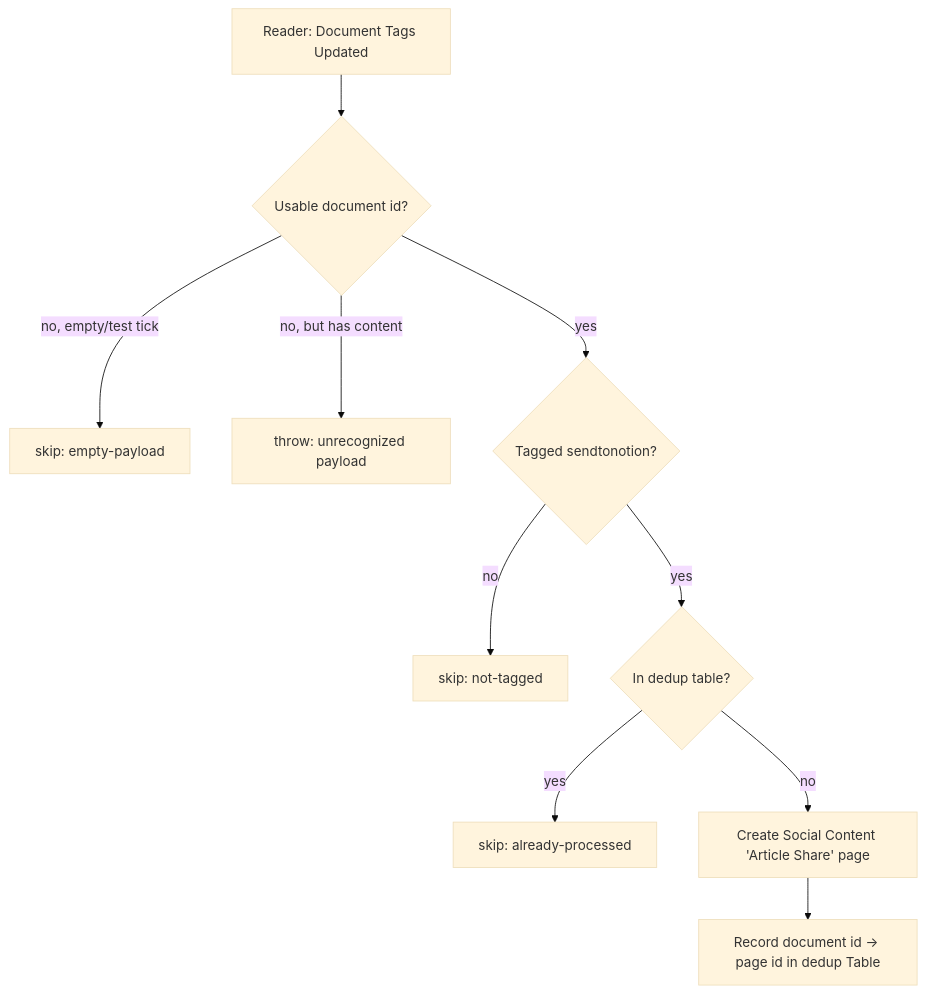
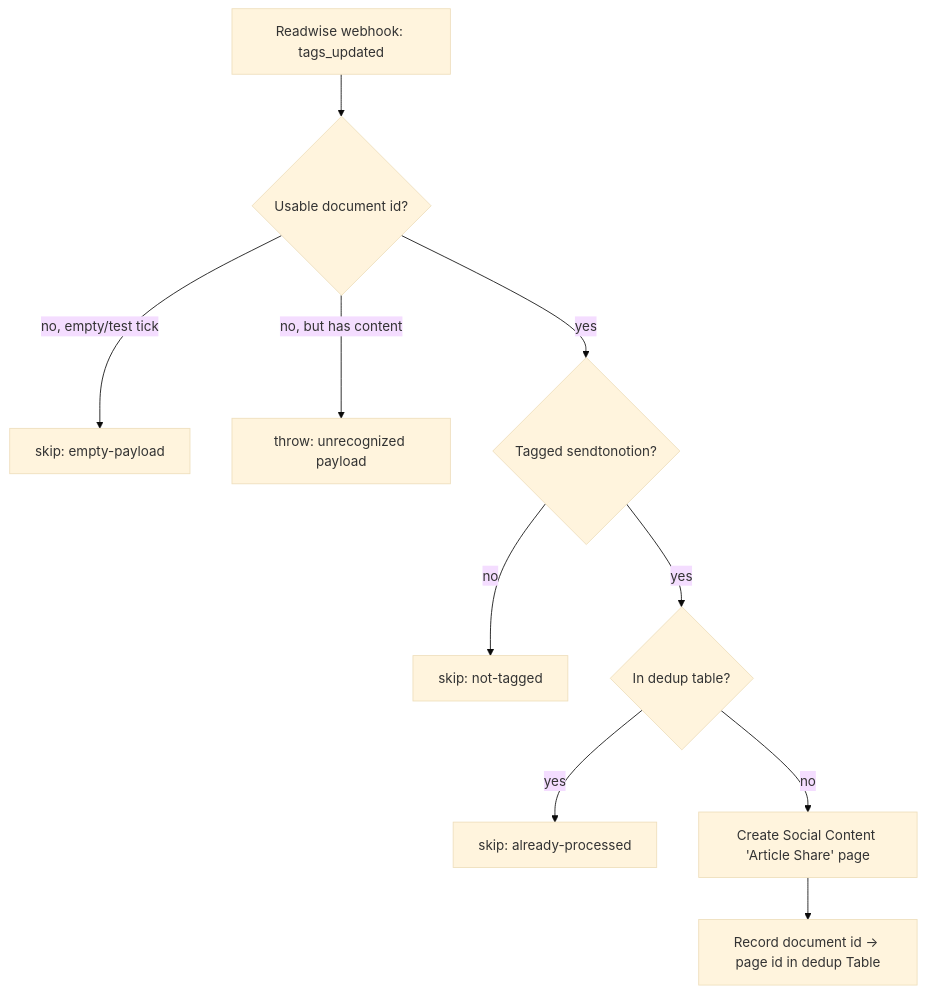
The diagram in save-tagged-docs-to-notion/README.md (work-flowers/zapier-sdk), drawn with Mermaid (base theme) before and after one commit. The commit also changed other lines of this file and 3 other files, not shown here.

````diff
--- a/save-tagged-docs-to-notion/README.md
+++ b/save-tagged-docs-to-notion/README.md
@@ -36,12 +37,12 @@
 ```mermaid
 flowchart TD
-  A[Reader: Document Tags Updated] --> B{Usable document id?}
+  A[Readwise webhook: tags_updated] --> B{Usable document id?}
   B -- no, empty/test tick --> S1[skip: empty-payload]
   B -- no, but has content --> ERR[throw: unrecognized payload]
   B -- yes --> C{Tagged sendtonotion?}
   C -- no --> S2[skip: not-tagged]
   C -- yes --> D{In dedup table?}
   D -- yes --> S3[skip: already-processed]
   D -- no --> E[Create Social Content 'Article Share' page]
   E --> F[Record document id -> page id in dedup Table]
 ```
````
